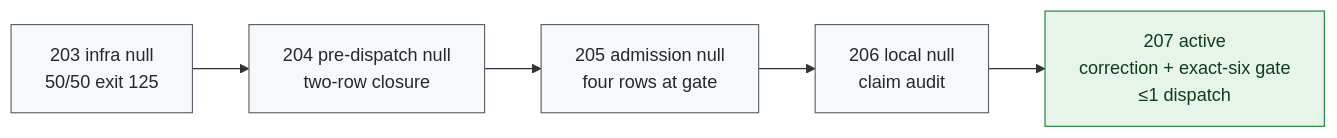
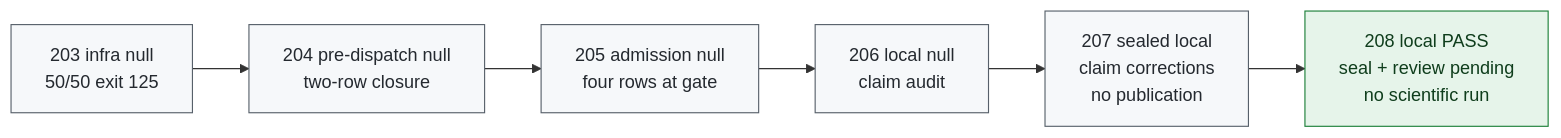
Before and after one commit to manfromnowhere143/telos: the third of 5 diagrams in README.md, drawn with Mermaid. The commit also changed other lines of this file and 34 other files, not shown here.

````diff
--- a/README.md
+++ b/README.md
@@ -160,8 +197,8 @@
 ```mermaid
 flowchart LR
- I203["203 infra null<br/>50/50 exit 125"]-->I204["204 pre-dispatch null<br/>two-row closure"]-->I205["205 admission null<br/>four rows at gate"]-->I206["206 local null<br/>claim audit"]-->I207["207 active<br/>correction + exact-six gate<br/>≤1 dispatch"]
+ I203["203 infra null<br/>50/50 exit 125"]-->I204["204 pre-dispatch null<br/>two-row closure"]-->I205["205 admission null<br/>four rows at gate"]-->I206["206 local null<br/>claim audit"]-->I207["207 sealed local<br/>claim corrections<br/>no publication"]-->I208["208 local PASS<br/>seal + review pending<br/>no scientific run"]
  classDef null fill:#f6f8fa,stroke:#57606a,color:#24292f;
  classDef active fill:#e6f4ea,stroke:#1a7f37,color:#0f3d1c;
- class I203,I204,I205,I206 null;
- class I207 active;
+ class I203,I204,I205,I206,I207 null;
+ class I208 active;
 ```
````
